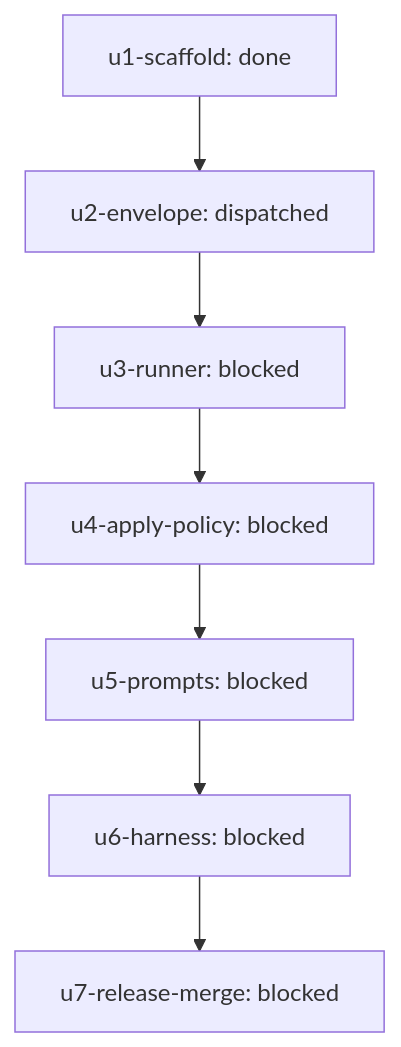
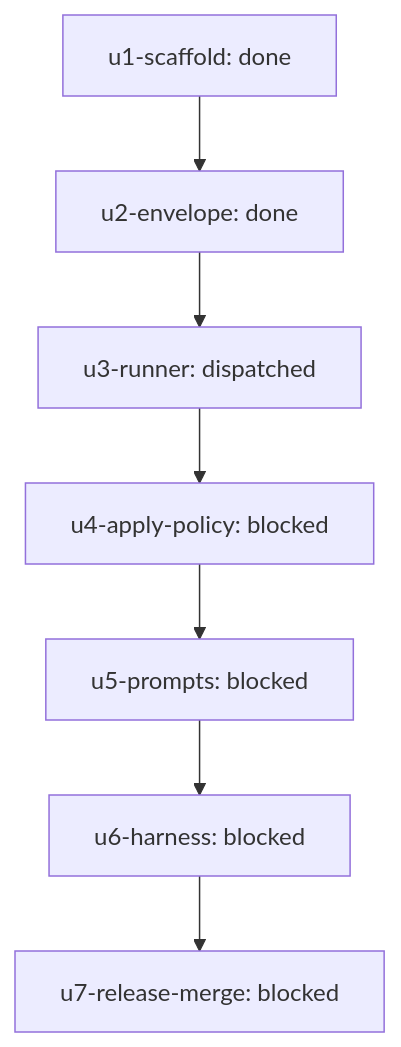
One commit to infiquetra/infiquetra-claude-plugins changed the diagram in docs/outcomes/antigravity-teammate-plugin/report.md. Above: the diagram before and after it, drawn with Mermaid. The commit also changed other lines of this file, not shown here.

````diff
--- a/docs/outcomes/antigravity-teammate-plugin/report.md
+++ b/docs/outcomes/antigravity-teammate-plugin/report.md
@@ -7,16 +7,16 @@
 ```mermaid
 flowchart TD
     u1-scaffold["u1-scaffold: done"]
-    u2-envelope["u2-envelope: dispatched"]
-    u3-runner["u3-runner: blocked"]
+    u2-envelope["u2-envelope: done"]
+    u3-runner["u3-runner: dispatched"]
     u4-apply-policy["u4-apply-policy: blocked"]
     u5-prompts["u5-prompts: blocked"]
     u6-harness["u6-harness: blocked"]
     u7-release-merge["u7-release-merge: blocked"]
     u1-scaffold --> u2-envelope
     u2-envelope --> u3-runner
     u3-runner --> u4-apply-policy
     u4-apply-policy --> u5-prompts
     u5-prompts --> u6-harness
     u6-harness --> u7-release-merge
 ```
````
